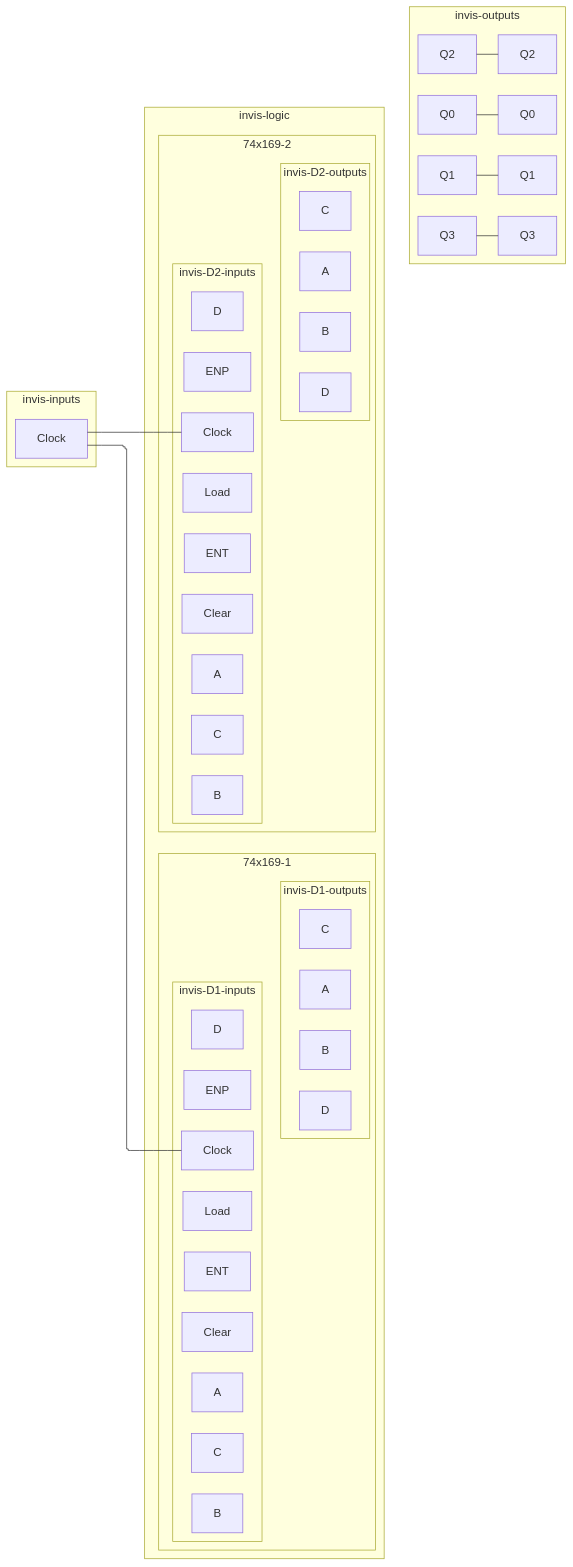
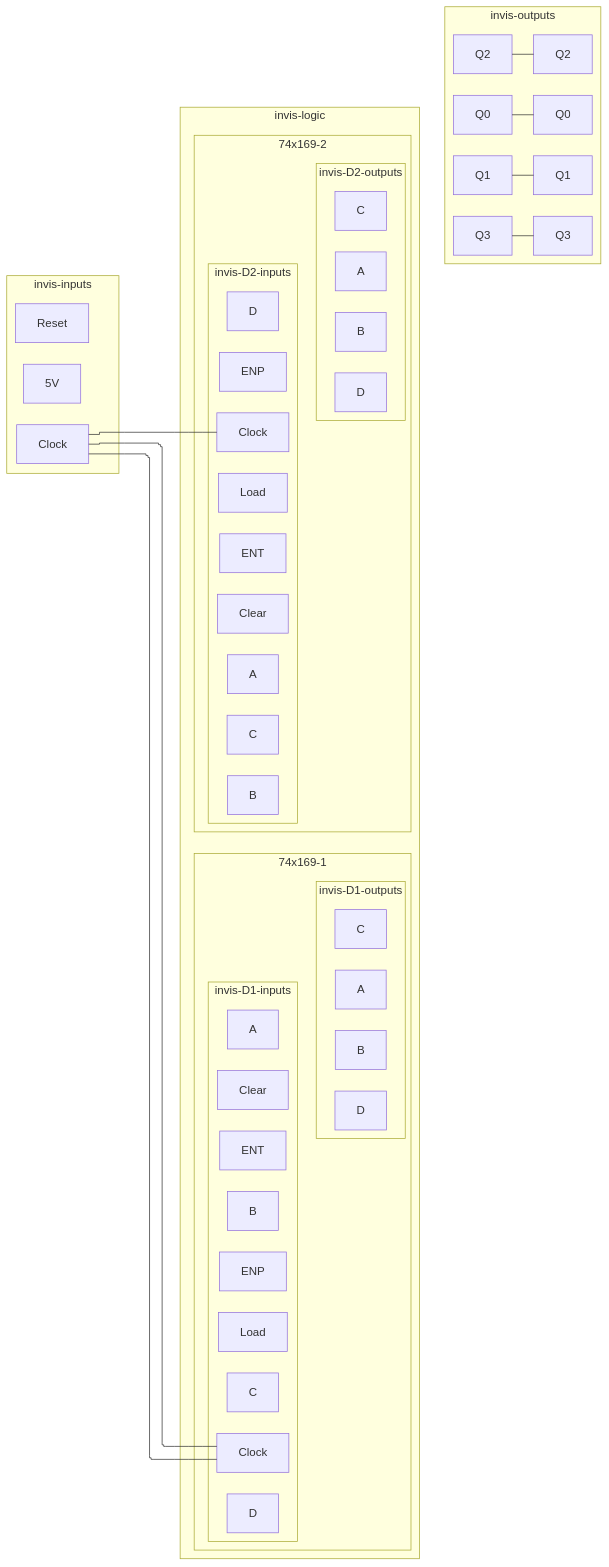
One commit to tnichols217/notes changed the seventh of 7 diagrams in CSDS 281 - Logic Design/HW/8/Tables.md. Above: the diagram before and after it, drawn with Mermaid.

Commit message:
vault backup: 2024-04-05 01:28:51

````diff
--- a/CSDS 281 - Logic Design/HW/8/Tables.md
+++ b/CSDS 281 - Logic Design/HW/8/Tables.md
@@ -327,59 +327,62 @@
 ```mermaid
 %%{ init: { 'flowchart': { 'curve': 'stepBefore', "defaultRenderer": "elk" } } }%%
 flowchart LR
 subgraph invis-inputs
 	Clock
+	5V
+	Reset
 end
 subgraph invis-logic
 	subgraph 74x169-1
 		subgraph invis-D1-inputs
 			D1c[Clock]
 			D1CLR[Clear]
 			D1LD[Load]
 			D1ENP[ENP]
 			D1ENT[ENT]
 			D1A[A]
 			D1B[B]
 			D1C[C]
 			D1D[D]
 		end
+		Clock --- D1c
 		Clock --- D1c
 		subgraph invis-D1-outputs
 			Q1A[A]
 			Q1B[B]
 			Q1C[C]
 			Q1D[D]
 		end
 		invis-D1-inputs ~~~ invis-D1-outputs
 	end
 	subgraph 74x169-2
 		subgraph invis-D2-inputs
 			D2c[Clock]
 			D2CLR[Clear]
 			D2LD[Load]
 			D2ENP[ENP]
 			D2ENT[ENT]
 			D2A[A]
 			D2B[B]
 			D2C[C]
 			D2D[D]
 		end
 		Clock --- D2c
 		subgraph invis-D2-outputs
 			Q2A[A]
 			Q2B[B]
 			Q2C[C]
 			Q2D[D]
 		end
 		invis-D2-inputs ~~~ invis-D2-outputs
 	end
 	
 end
 subgraph invis-outputs
 	Q0 --- Q0O[Q0]
 	Q1 --- Q1O[Q1]
 	Q2 --- Q2O[Q2]
 	Q3 --- Q3O[Q3]
 end
 invis-inputs ~~~ invis-logic ~~~ invis-outputs
 ```
````
